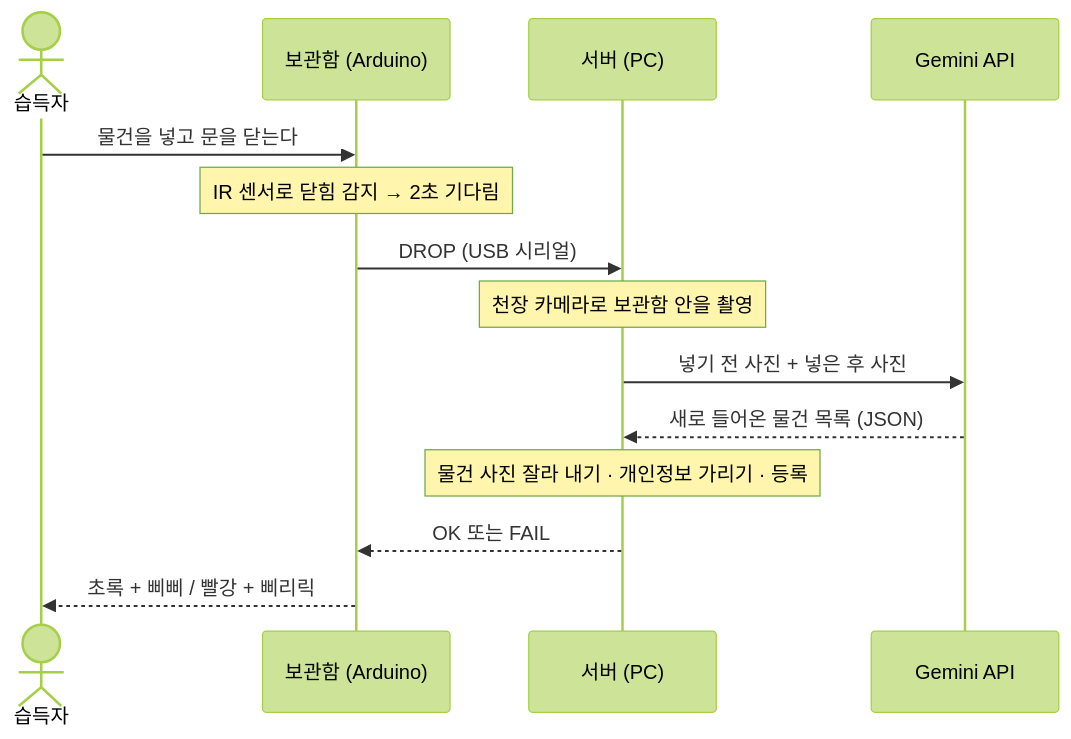
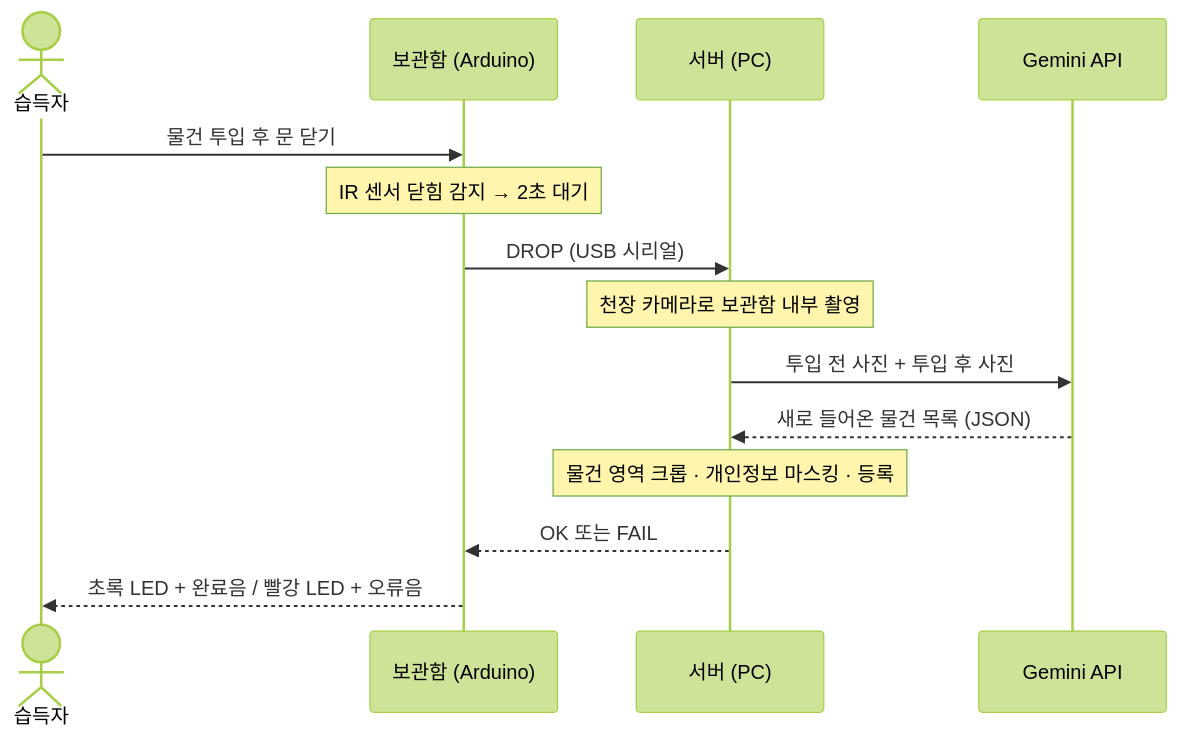
The first of 2 diagrams in README.md (dyo0o/Findbox-AI-Arduino), drawn with Mermaid (forest theme) before and after one commit. The commit also changed other lines of this file, not shown here.

````diff
--- a/README.md
+++ b/README.md
@@ -30,17 +30,17 @@
 ```mermaid
 sequenceDiagram
     actor U as 습득자
     participant B as 보관함 (Arduino)
     participant S as 서버 (PC)
     participant G as Gemini API
 
-    U->>B: 물건을 넣고 문을 닫는다
-    Note over B: IR 센서로 닫힘 감지 → 2초 기다림
+    U->>B: 물건 투입 후 문 닫기
+    Note over B: IR 센서 닫힘 감지 → 2초 대기
     B->>S: DROP (USB 시리얼)
-    Note over S: 천장 카메라로 보관함 안을 촬영
-    S->>G: 넣기 전 사진 + 넣은 후 사진
+    Note over S: 천장 카메라로 보관함 내부 촬영
+    S->>G: 투입 전 사진 + 투입 후 사진
     G-->>S: 새로 들어온 물건 목록 (JSON)
-    Note over S: 물건 사진 잘라 내기 · 개인정보 가리기 · 등록
+    Note over S: 물건 영역 크롭 · 개인정보 마스킹 · 등록
     S-->>B: OK 또는 FAIL
-    B-->>U: 초록 + 삐삐 / 빨강 + 삐리릭
+    B-->>U: 초록 LED + 완료음 / 빨강 LED + 오류음
 ```
````
